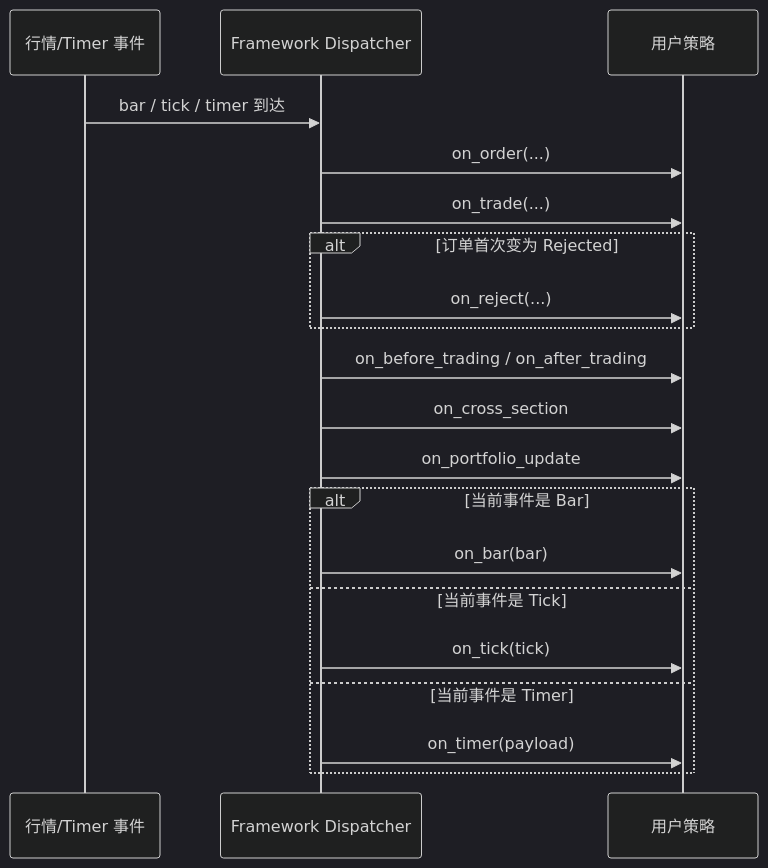
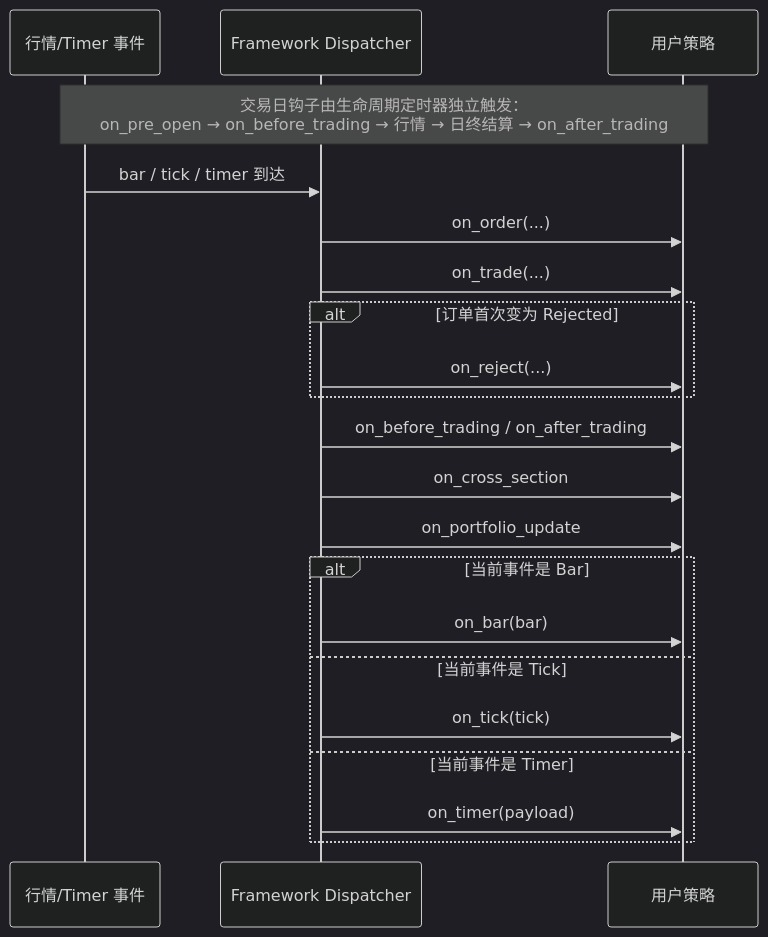
One commit to akfamily/akquant changed the first of 2 diagrams in docs/zh/guide/strategy.md. Above: the diagram before and after it, drawn with Mermaid (dark theme). The commit also changed other lines of this file and 11 other files, not shown here.

````diff
--- a/docs/zh/guide/strategy.md
+++ b/docs/zh/guide/strategy.md
@@ -103,23 +103,24 @@
 ```mermaid
 sequenceDiagram
     participant Feed as 行情/Timer 事件
     participant FW as Framework Dispatcher
     participant Strategy as 用户策略
 
+    Note over Feed,Strategy: 交易日钩子由生命周期定时器独立触发：<br/>on_pre_open → on_before_trading → 行情 → 日终结算 → on_after_trading
     Feed->>FW: bar / tick / timer 到达
     FW->>Strategy: on_order(...)
     FW->>Strategy: on_trade(...)
     alt 订单首次变为 Rejected
         FW->>Strategy: on_reject(...)
     end
     FW->>Strategy: on_before_trading / on_after_trading
     FW->>Strategy: on_cross_section
     FW->>Strategy: on_portfolio_update
     alt 当前事件是 Bar
         FW->>Strategy: on_bar(bar)
     else 当前事件是 Tick
         FW->>Strategy: on_tick(tick)
     else 当前事件是 Timer
         FW->>Strategy: on_timer(payload)
     end
 ```
````
